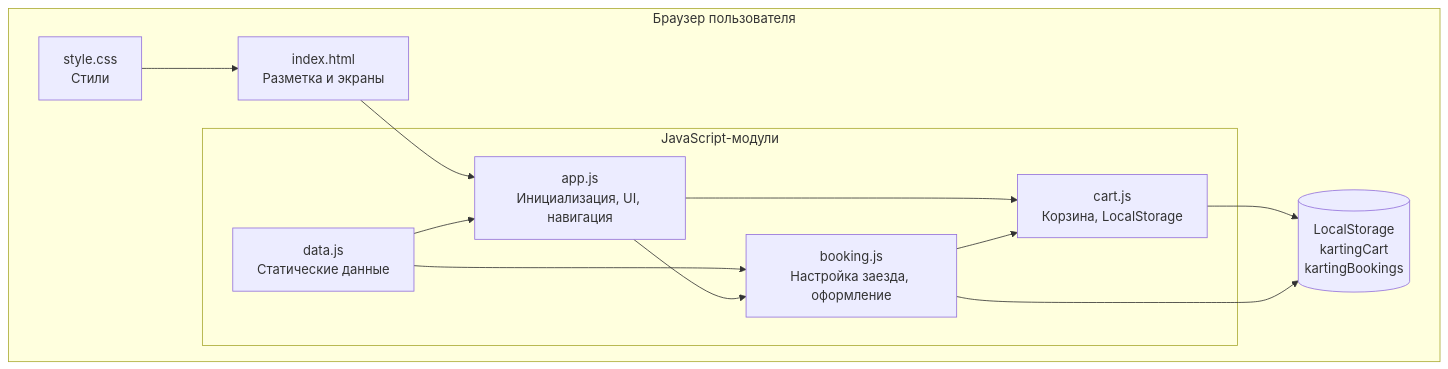
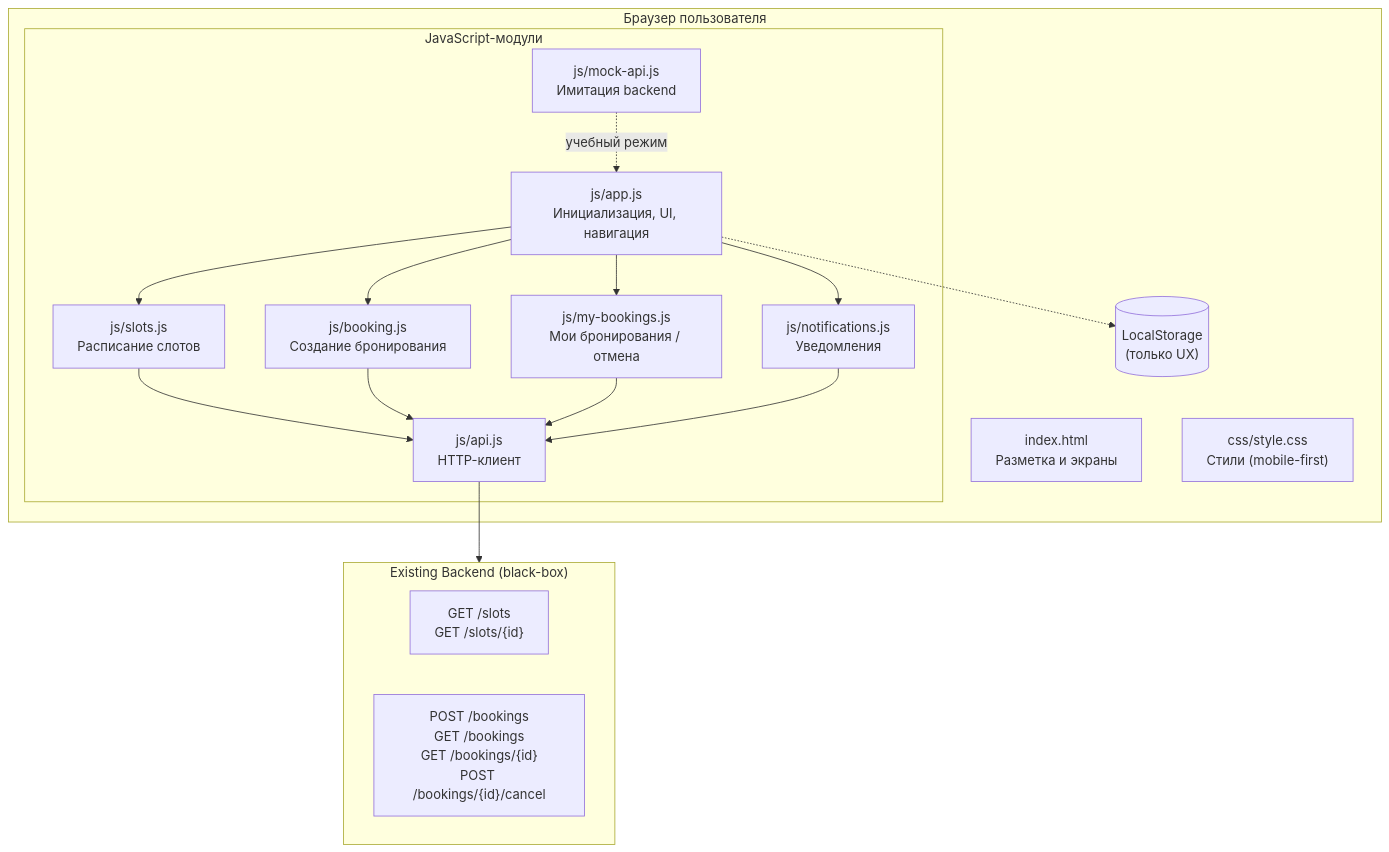
One commit to Terehov380/karting-apex changed the first of 7 diagrams in docs/02-architecture.md. Above: the diagram before and after it, drawn with Mermaid. The commit also changed other lines of this file and 6 other files, not shown here.

````diff
--- a/docs/02-architecture.md
+++ b/docs/02-architecture.md
@@ -22,24 +23,34 @@
 ```mermaid
 graph TB
     subgraph Browser["Браузер пользователя"]
         HTML["index.html<br/>Разметка и экраны"]
-        CSS["style.css<br/>Стили"]
+        CSS["css/style.css<br/>Стили (mobile-first)"]
         subgraph JS["JavaScript-модули"]
-            DATA["data.js<br/>Статические данные"]
-            APP["app.js<br/>Инициализация, UI, навигация"]
-            BOOK["booking.js<br/>Настройка заезда, оформление"]
-            CART["cart.js<br/>Корзина, LocalStorage"]
+            APP["js/app.js<br/>Инициализация, UI, навигация"]
+            API["js/api.js<br/>HTTP-клиент"]
+            MOCK["js/mock-api.js<br/>Имитация backend"]
+            SLOTS["js/slots.js<br/>Расписание слотов"]
+            BOOK["js/booking.js<br/>Создание бронирования"]
+            MYB["js/my-bookings.js<br/>Мои бронирования / отмена"]
+            NOTIF["js/notifications.js<br/>Уведомления"]
         end
-        LS[("LocalStorage<br/>kartingCart<br/>kartingBookings")]
+        LS[("LocalStorage<br/>(только UX)")]
     end
 
-    HTML --> APP
-    CSS --> HTML
-    DATA --> APP
-    DATA --> BOOK
+    subgraph Backend["Existing Backend (black-box)"]
+        API_SLOTS["GET /slots<br/>GET /slots/{id}"]
+        API_BOOK["POST /bookings<br/>GET /bookings<br/>GET /bookings/{id}<br/>POST /bookings/{id}/cancel"]
+    end
+
+    API --> Backend
+    MOCK -.->|"учебный режим"| APP
+    APP --> SLOTS
     APP --> BOOK
-    APP --> CART
-    BOOK --> CART
-    CART --> LS
-    BOOK --> LS
+    APP --> MYB
+    APP --> NOTIF
+    SLOTS --> API
+    BOOK --> API
+    MYB --> API
+    NOTIF --> API
+    APP -.-> LS
 ```
````
